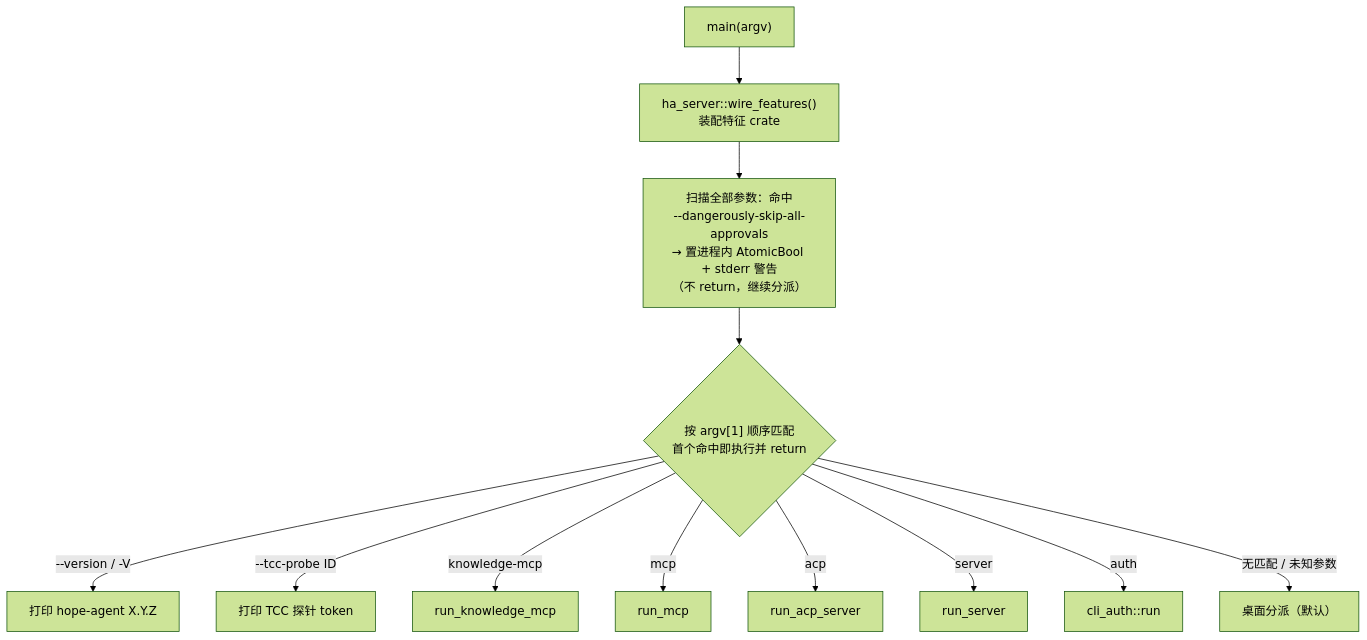
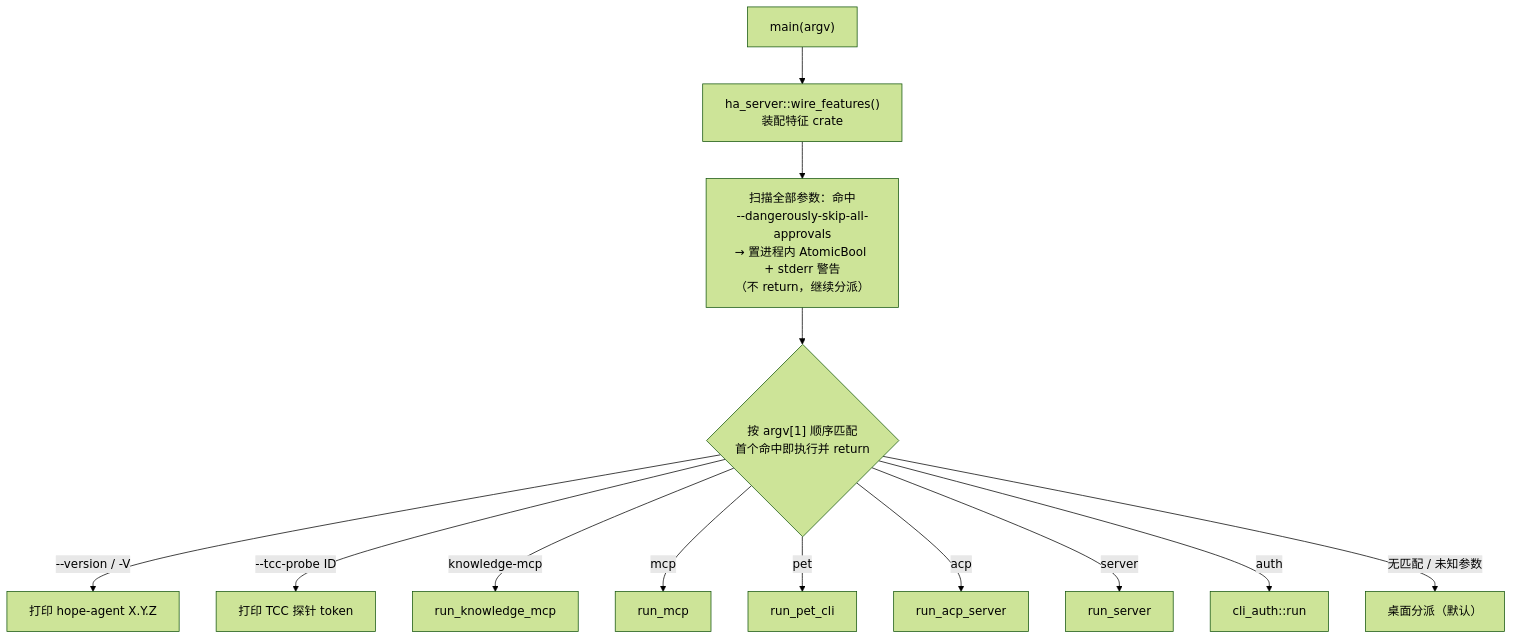
One commit to shiwenwen/hope-agent changed the first of 6 diagrams in docs/architecture/system/cli.md. Above: the diagram before and after it, drawn with Mermaid (forest theme). The commit also changed other lines of this file and 23 other files, not shown here.

````diff
--- a/docs/architecture/system/cli.md
+++ b/docs/architecture/system/cli.md
@@ -15,14 +15,15 @@
 ```mermaid
 flowchart TD
     A["main(argv)"] --> W["ha_server::wire_features()<br/>装配特征 crate"]
     W --> DG["扫描全部参数：命中<br/>--dangerously-skip-all-approvals<br/>→ 置进程内 AtomicBool + stderr 警告<br/>（不 return，继续分派）"]
     DG --> M{"按 argv[1] 顺序匹配<br/>首个命中即执行并 return"}
     M -->|"--version / -V"| R1["打印 hope-agent X.Y.Z"]
     M -->|"--tcc-probe ID"| R2["打印 TCC 探针 token"]
     M -->|"knowledge-mcp"| R3["run_knowledge_mcp"]
     M -->|"mcp"| R4["run_mcp"]
-    M -->|"acp"| R5["run_acp_server"]
-    M -->|"server"| R6["run_server"]
-    M -->|"auth"| R7["cli_auth::run"]
-    M -->|"无匹配 / 未知参数"| R8["桌面分派（默认）"]
+    M -->|"pet"| R5["run_pet_cli"]
+    M -->|"acp"| R6["run_acp_server"]
+    M -->|"server"| R7["run_server"]
+    M -->|"auth"| R8["cli_auth::run"]
+    M -->|"无匹配 / 未知参数"| R9["桌面分派（默认）"]
 ```
````
